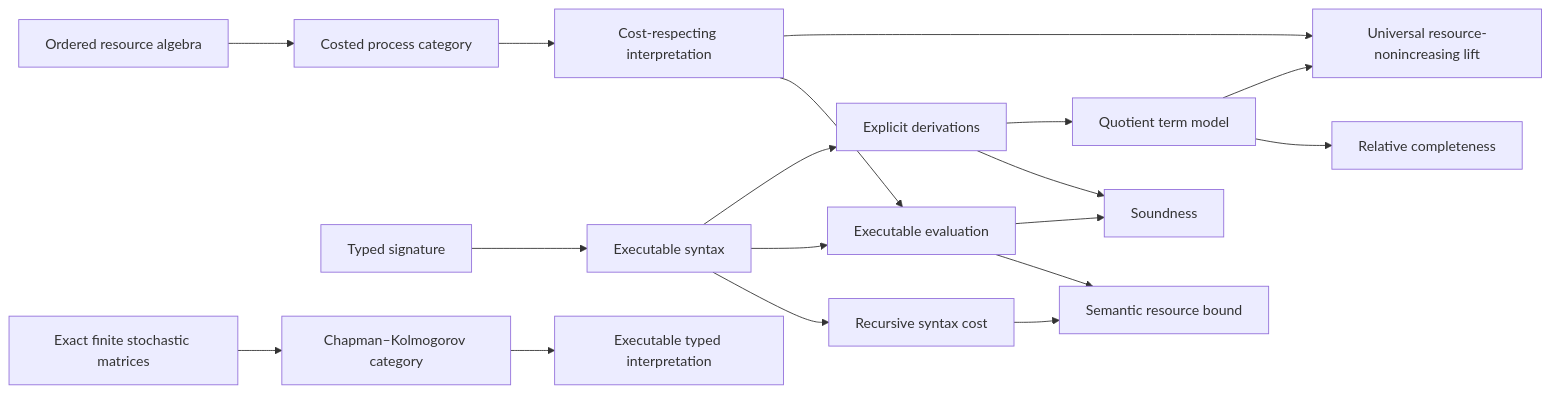
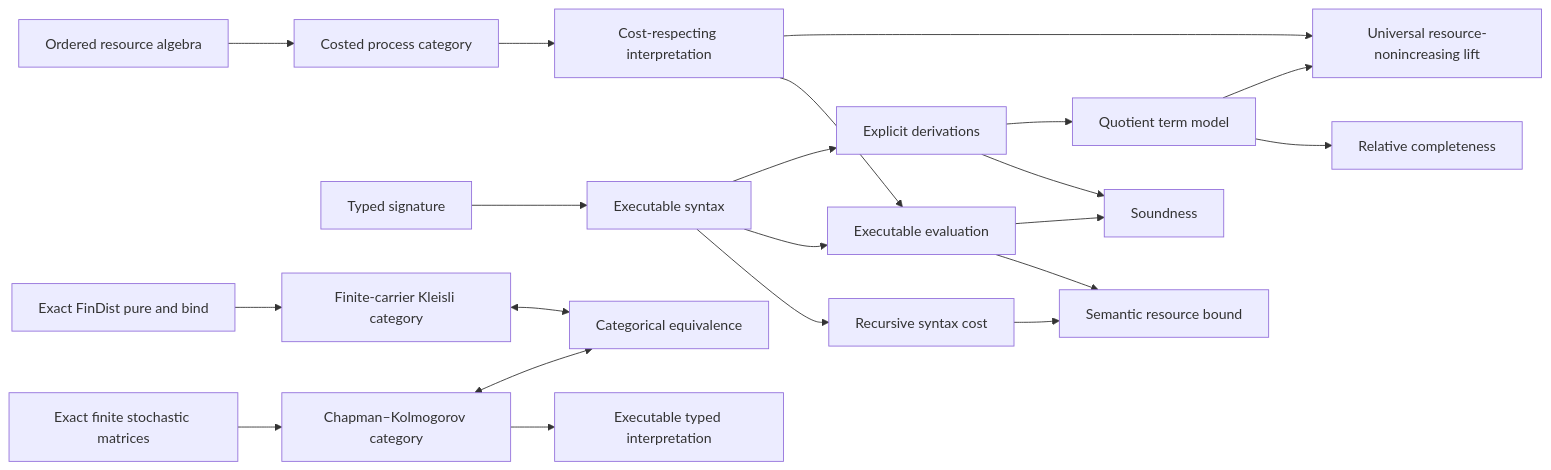
Before and after one commit to miuchan/ript: the diagram in README.md, drawn with Mermaid. The commit also changed other lines of this file and 13 other files, not shown here.

Commit message:
Prove the finite Kleisli equivalence (#4)

````diff
--- a/README.md
+++ b/README.md
@@ -231,20 +254,23 @@
 ```mermaid
 flowchart LR
   R["Ordered resource algebra"] --> C["Costed process category"]
   S["Typed signature"] --> X["Executable syntax"]
   X --> K["Recursive syntax cost"]
   C --> I["Cost-respecting interpretation"]
   X --> E["Executable evaluation"]
   I --> E
   K --> B["Semantic resource bound"]
   E --> B
   X --> D["Explicit derivations"]
   D --> SO["Soundness"]
   E --> SO
   D --> T["Quotient term model"]
   T --> CO["Relative completeness"]
   I --> U["Universal resource-nonincreasing lift"]
   T --> U
   F["Exact finite stochastic matrices"] --> CK["Chapman–Kolmogorov category"]
   CK --> EX["Executable typed interpretation"]
+  FD["Exact FinDist pure and bind"] --> KL["Finite-carrier Kleisli category"]
+  CK <--> EQ["Categorical equivalence"]
+  KL <--> EQ
 ```
````
